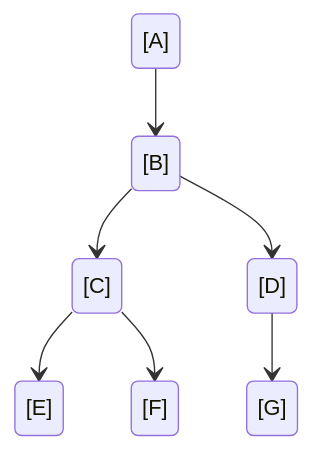
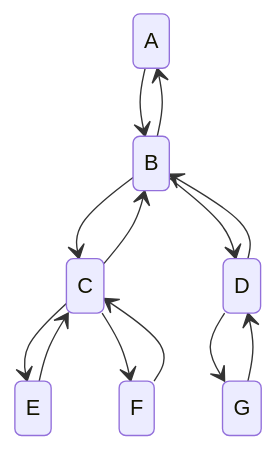
The diagram in README.md (TomorrowIppo/ROKA_BOJ), drawn with Mermaid before and after one commit.

````diff
--- a/README.md
+++ b/README.md
@@ -35,9 +35,9 @@
 ```mermaid
 stateDiagram
-    [A] --> [B]
-    [B] --> [C]
-    [B] --> [D]
-    [C] --> [E]
-    [C] --> [F]
-    [D] --> [G]
+    A --> B B --> A
+    B --> C C --> B
+    B --> D D --> B
+    C --> E E --> C
+    C --> F F --> C
+    D --> G G --> D
 ```
````
